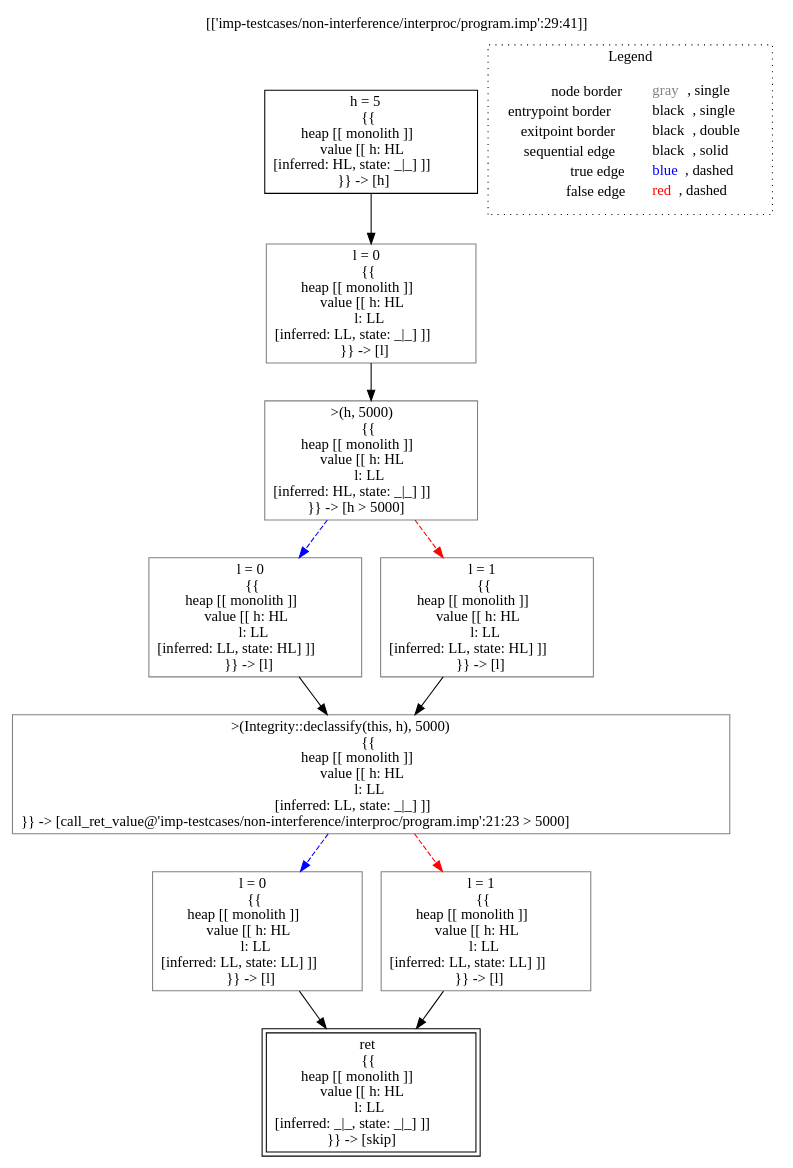
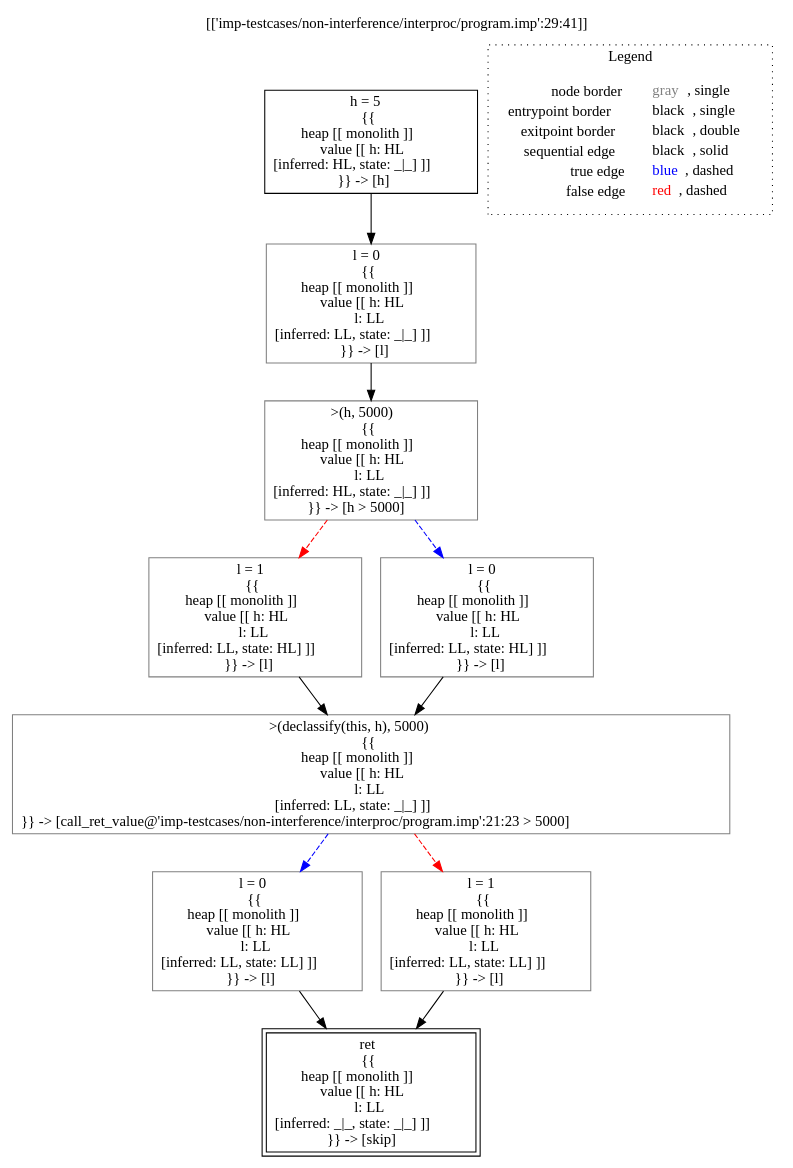
Before and after one commit to lisa-analyzer/lisa: the diagram in lisa/lisa-core/imp-testcases/non-interference/interproc/analysis___-2057990561_untyped_Integrity.confidentiality_lec6_declassified(Integrity__this).dot, drawn with Graphviz. The commit also changed 36 other files, not shown here.

```diff
--- a/lisa/lisa-core/imp-testcases/non-interference/interproc/analysis___-2057990561_untyped_Integrity.confidentiality_lec6_declassified(Integrity__this).dot
+++ b/lisa/lisa-core/imp-testcases/non-interference/interproc/analysis___-2057990561_untyped_Integrity.confidentiality_lec6_declassified(Integrity__this).dot
@@ -1,30 +1,30 @@
 digraph {
 	labelloc="t";
 	label="[['imp-testcases/non-interference/interproc/program.imp':29:41]]";
 	"node0" [shape="rect",color="black",label=<h = 5<BR/>{{<BR/>heap [[ monolith ]]<BR/>value [[ h: HL<BR/>[inferred: HL, state: _|_] ]]<BR/>}} -&gt; [h]>];
 	"node1" [shape="rect",color="black",peripheries="2",label=<ret<BR/>{{<BR/>heap [[ monolith ]]<BR/>value [[ h: HL<BR/>l: LL<BR/>[inferred: _|_, state: _|_] ]]<BR/>}} -&gt; [skip]>];
-	"node2" [shape="rect",color="gray",label=<&gt;(h, 5000)<BR/>{{<BR/>heap [[ monolith ]]<BR/>value [[ h: HL<BR/>l: LL<BR/>[inferred: HL, state: _|_] ]]<BR/>}} -&gt; [h &gt; 5000]>];
-	"node3" [shape="rect",color="gray",label=<l = 0<BR/>{{<BR/>heap [[ monolith ]]<BR/>value [[ h: HL<BR/>l: LL<BR/>[inferred: LL, state: HL] ]]<BR/>}} -&gt; [l]>];
-	"node4" [shape="rect",color="gray",label=<l = 0<BR/>{{<BR/>heap [[ monolith ]]<BR/>value [[ h: HL<BR/>l: LL<BR/>[inferred: LL, state: _|_] ]]<BR/>}} -&gt; [l]>];
-	"node5" [shape="rect",color="gray",label=<l = 0<BR/>{{<BR/>heap [[ monolith ]]<BR/>value [[ h: HL<BR/>l: LL<BR/>[inferred: LL, state: LL] ]]<BR/>}} -&gt; [l]>];
-	"node6" [shape="rect",color="gray",label=<&gt;(Integrity::declassify(this, h), 5000)<BR/>{{<BR/>heap [[ monolith ]]<BR/>value [[ h: HL<BR/>l: LL<BR/>[inferred: LL, state: _|_] ]]<BR/>}} -&gt; [call_ret_value@'imp-testcases/non-interference/interproc/program.imp':21:23 &gt; 5000]>];
-	"node7" [shape="rect",color="gray",label=<l = 1<BR/>{{<BR/>heap [[ monolith ]]<BR/>value [[ h: HL<BR/>l: LL<BR/>[inferred: LL, state: LL] ]]<BR/>}} -&gt; [l]>];
-	"node8" [shape="rect",color="gray",label=<l = 1<BR/>{{<BR/>heap [[ monolith ]]<BR/>value [[ h: HL<BR/>l: LL<BR/>[inferred: LL, state: HL] ]]<BR/>}} -&gt; [l]>];
-	"node0" -> "node4" [color="black"];
-	"node2" -> "node3" [color="blue",style="dashed"];
-	"node2" -> "node8" [color="red",style="dashed"];
-	"node3" -> "node6" [color="black"];
-	"node4" -> "node2" [color="black"];
-	"node5" -> "node1" [color="black"];
-	"node6" -> "node5" [color="blue",style="dashed"];
-	"node6" -> "node7" [color="red",style="dashed"];
-	"node7" -> "node1" [color="black"];
-	"node8" -> "node6" [color="black"];
+	"node2" [shape="rect",color="gray",label=<l = 0<BR/>{{<BR/>heap [[ monolith ]]<BR/>value [[ h: HL<BR/>l: LL<BR/>[inferred: LL, state: LL] ]]<BR/>}} -&gt; [l]>];
+	"node3" [shape="rect",color="gray",label=<l = 1<BR/>{{<BR/>heap [[ monolith ]]<BR/>value [[ h: HL<BR/>l: LL<BR/>[inferred: LL, state: HL] ]]<BR/>}} -&gt; [l]>];
+	"node4" [shape="rect",color="gray",label=<&gt;(h, 5000)<BR/>{{<BR/>heap [[ monolith ]]<BR/>value [[ h: HL<BR/>l: LL<BR/>[inferred: HL, state: _|_] ]]<BR/>}} -&gt; [h &gt; 5000]>];
+	"node5" [shape="rect",color="gray",label=<l = 0<BR/>{{<BR/>heap [[ monolith ]]<BR/>value [[ h: HL<BR/>l: LL<BR/>[inferred: LL, state: _|_] ]]<BR/>}} -&gt; [l]>];
+	"node6" [shape="rect",color="gray",label=<l = 0<BR/>{{<BR/>heap [[ monolith ]]<BR/>value [[ h: HL<BR/>l: LL<BR/>[inferred: LL, state: HL] ]]<BR/>}} -&gt; [l]>];
+	"node7" [shape="rect",color="gray",label=<&gt;(declassify(this, h), 5000)<BR/>{{<BR/>heap [[ monolith ]]<BR/>value [[ h: HL<BR/>l: LL<BR/>[inferred: LL, state: _|_] ]]<BR/>}} -&gt; [call_ret_value@'imp-testcases/non-interference/interproc/program.imp':21:23 &gt; 5000]>];
+	"node8" [shape="rect",color="gray",label=<l = 1<BR/>{{<BR/>heap [[ monolith ]]<BR/>value [[ h: HL<BR/>l: LL<BR/>[inferred: LL, state: LL] ]]<BR/>}} -&gt; [l]>];
+	"node2" -> "node1" [color="black"];
+	"node3" -> "node7" [color="black"];
+	"node4" -> "node3" [color="red",style="dashed"];
+	"node4" -> "node6" [color="blue",style="dashed"];
+	"node5" -> "node4" [color="black"];
+	"node6" -> "node7" [color="black"];
+	"node7" -> "node2" [color="blue",style="dashed"];
+	"node7" -> "node8" [color="red",style="dashed"];
+	"node0" -> "node5" [color="black"];
+	"node8" -> "node1" [color="black"];
 subgraph cluster_legend {
 	label="Legend";
 	style=dotted;
 	node [shape=plaintext];
 	"legend" [label=<<table border="0" cellpadding="2" cellspacing="0" cellborder="0"><tr><td align="right">node border&nbsp;</td><td align="left"><font color="gray">gray</font>, single</td></tr><tr><td align="right">entrypoint border&nbsp;</td><td align="left"><font color="black">black</font>, single</td></tr><tr><td align="right">exitpoint border&nbsp;</td><td align="left"><font color="black">black</font>, double</td></tr><tr><td align="right">sequential edge&nbsp;</td><td align="left"><font color="black">black</font>, solid</td></tr><tr><td align="right">true edge&nbsp;</td><td align="left"><font color="blue">blue</font>, dashed</td></tr><tr><td align="right">false edge&nbsp;</td><td align="left"><font color="red">red</font>, dashed</td></tr></table>>];
 }
 
 }
```
